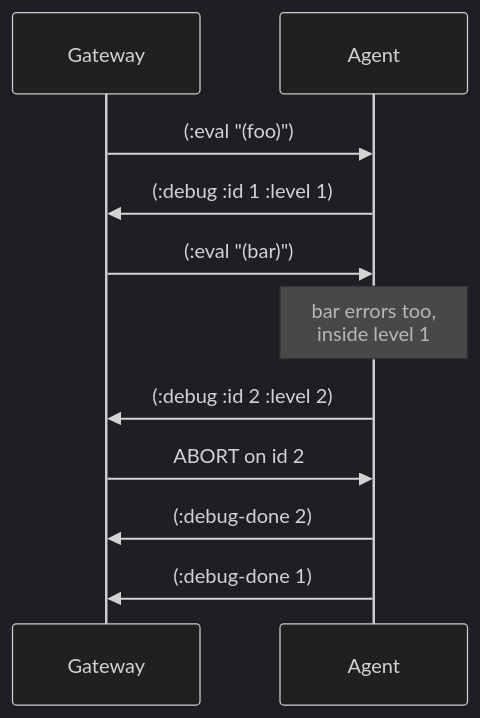
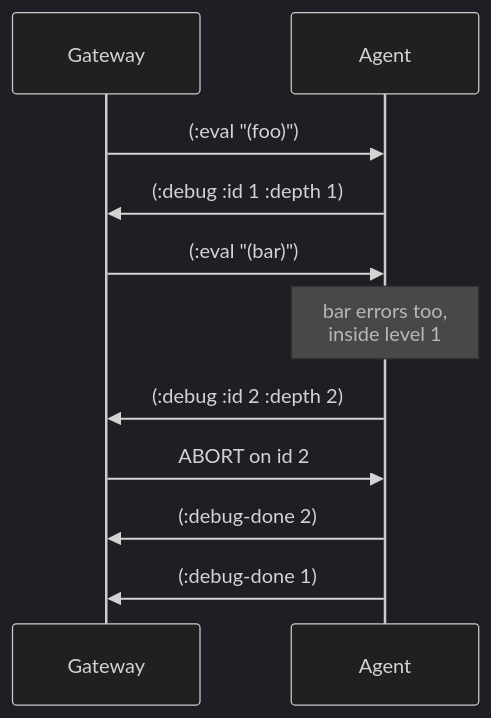
One commit to real-limoges/to-restart-is-divine changed the fifth of 9 diagrams in docs/reference/internal/architecture.md. Above: the diagram before and after it, drawn with Mermaid (dark theme). The commit also changed other lines of this file and 13 other files, not shown here.

````diff
--- a/docs/reference/internal/architecture.md
+++ b/docs/reference/internal/architecture.md
@@ -194,13 +194,13 @@
 ```mermaid
 sequenceDiagram
   participant G as Gateway
   participant A as Agent
   G->>A: (:eval "(foo)")
-  A->>G: (:debug :id 1 :level 1)
+  A->>G: (:debug :id 1 :depth 1)
   G->>A: (:eval "(bar)")
   Note over A: bar errors too,<br/>inside level 1
-  A->>G: (:debug :id 2 :level 2)
+  A->>G: (:debug :id 2 :depth 2)
   G->>A: ABORT on id 2
   A->>G: (:debug-done 2)
   A->>G: (:debug-done 1)
 ```
````
